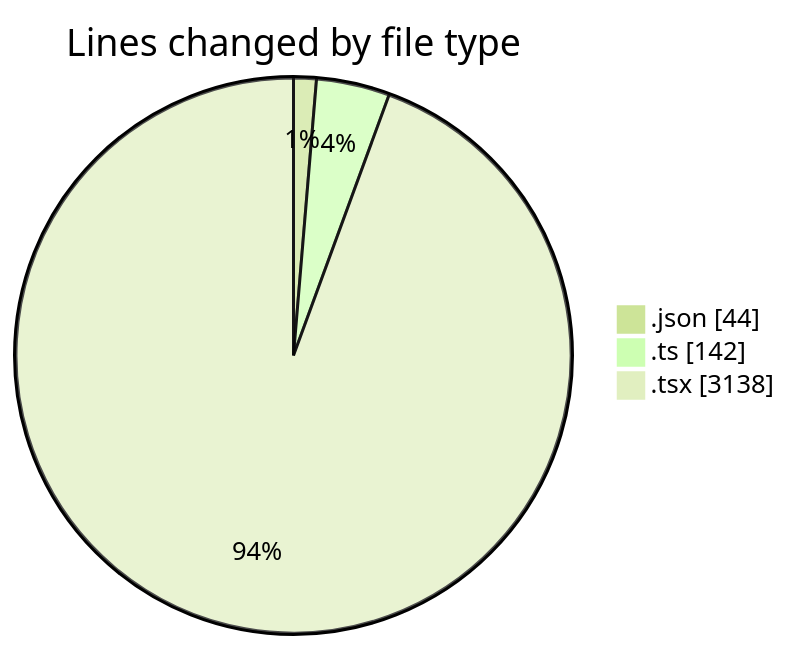
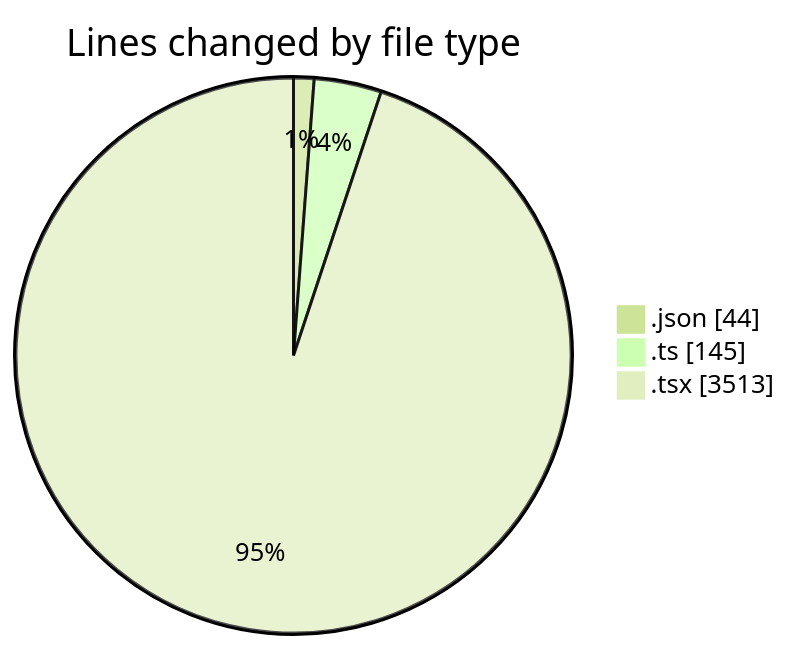
The first of 2 diagrams in 2025-10-24/eventscop-frontend-guide__workspace_/README.md (julien-gomy/code-tracking), drawn with Mermaid (forest theme) before and after one commit. The commit also changed other lines of this file and 1 other file, not shown here.

````diff
--- a/2025-10-24/eventscop-frontend-guide__workspace_/README.md
+++ b/2025-10-24/eventscop-frontend-guide__workspace_/README.md
@@ -32,7 +36,7 @@
 ```mermaid
 pie showData
 title Lines changed by file type
 ".json" : 44
-".ts" : 142
-".tsx" : 3138
+".ts" : 145
+".tsx" : 3513
 ```
````
